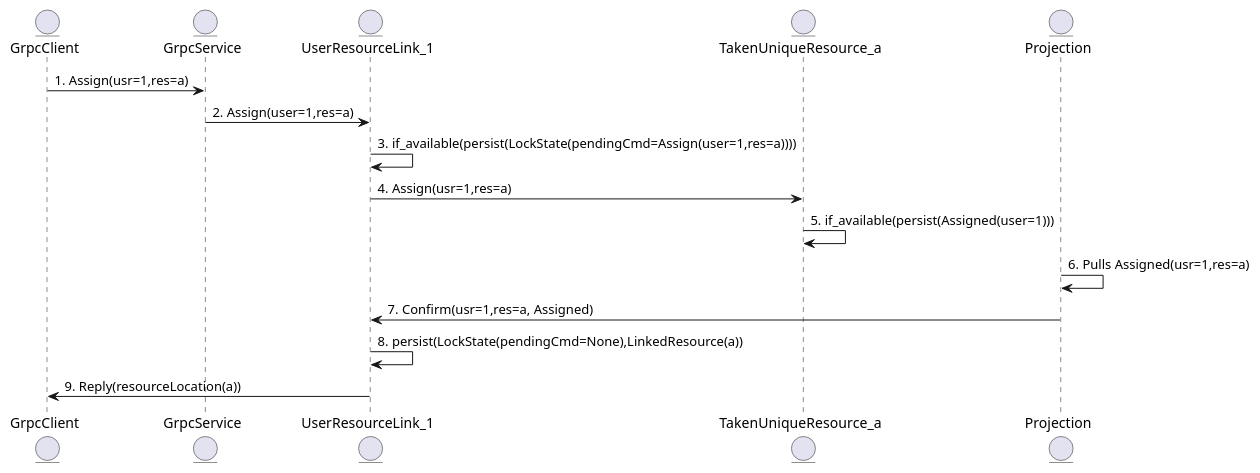
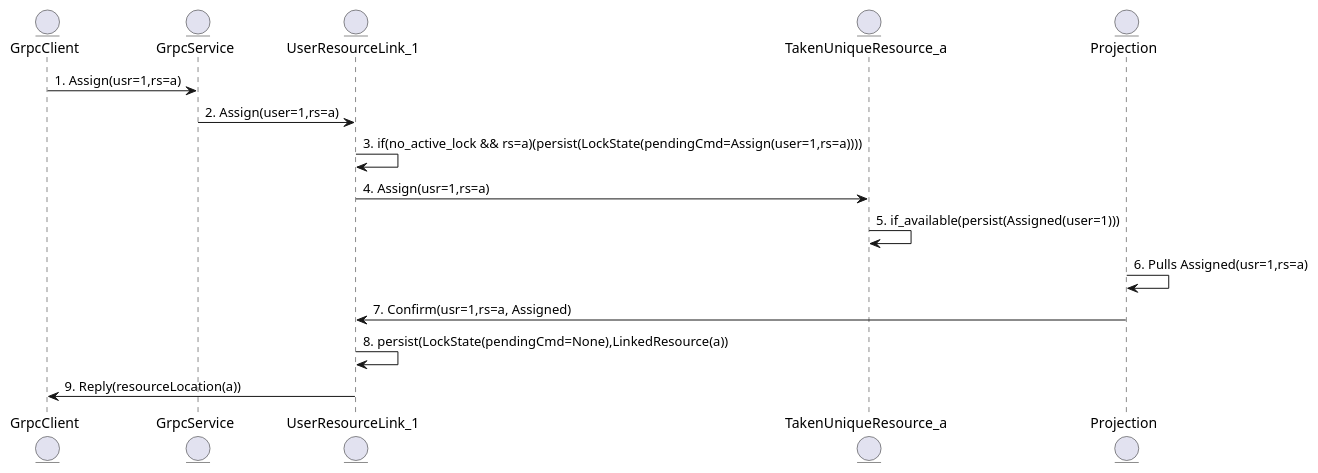
Before and after one commit to haghard/unique-resource-management: the first of 3 diagrams in diagrams.md, drawn with PlantUML. The commit also changed other lines of this file and 1 other file, not shown here.

````diff
--- a/diagrams.md
+++ b/diagrams.md
@@ -4,30 +6,25 @@
 ```plantuml
 @startuml
 
 entity GrpcClient
 
 entity GrpcService
 
 entity UserResourceLink_1
 
 entity TakenUniqueResource_a
 
 entity Projection
 
-GrpcClient -> GrpcService:1. Assign(usr=1,res=a)
-GrpcService -> UserResourceLink_1:2. Assign(user=1,res=a)
-UserResourceLink_1 -> UserResourceLink_1:3. if_available(persist(LockState(pendingCmd=Assign(user=1,res=a)))) 
-UserResourceLink_1 -> TakenUniqueResource_a:4. Assign(usr=1,res=a)
-
-
+GrpcClient -> GrpcService:1. Assign(usr=1,rs=a)
+GrpcService -> UserResourceLink_1:2. Assign(user=1,rs=a)
+UserResourceLink_1 -> UserResourceLink_1:3. if(no_active_lock && rs=a)(persist(LockState(pendingCmd=Assign(user=1,rs=a)))) 
+UserResourceLink_1 -> TakenUniqueResource_a:4. Assign(usr=1,rs=a)
 TakenUniqueResource_a -> TakenUniqueResource_a:5. if_available(persist(Assigned(user=1)))  
-
-
-
-Projection -> Projection:6. Pulls Assigned(usr=1,res=a)
-Projection -> UserResourceLink_1:7. Confirm(usr=1,res=a, Assigned)
+Projection -> Projection:6. Pulls Assigned(usr=1,rs=a)
+Projection -> UserResourceLink_1:7. Confirm(usr=1,rs=a, Assigned)
 UserResourceLink_1 -> UserResourceLink_1:8. persist(LockState(pendingCmd=None),LinkedResource(a))
 UserResourceLink_1 -> GrpcClient:9. Reply(resourceLocation(a))  
 
 @enduml
 ```
````
